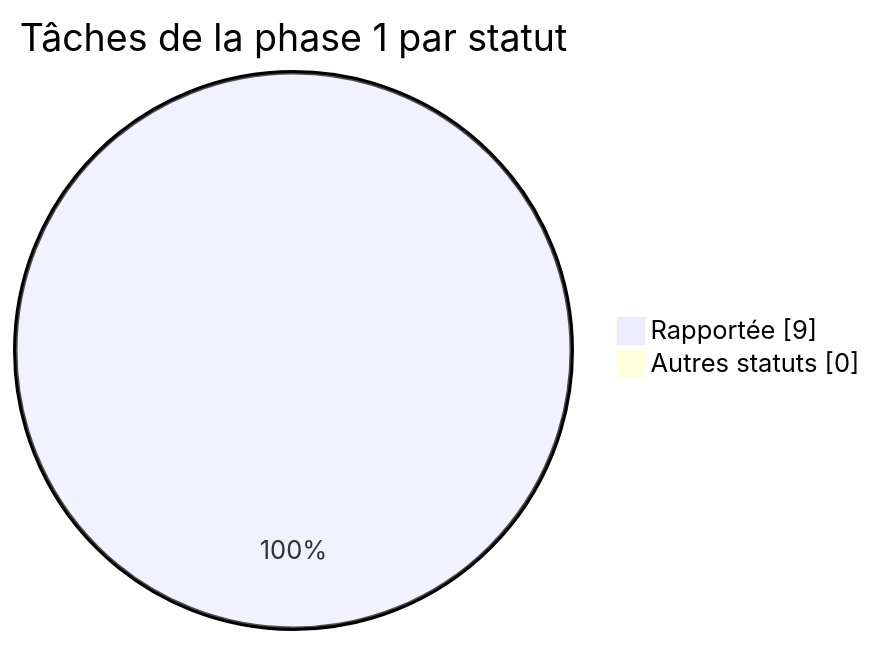
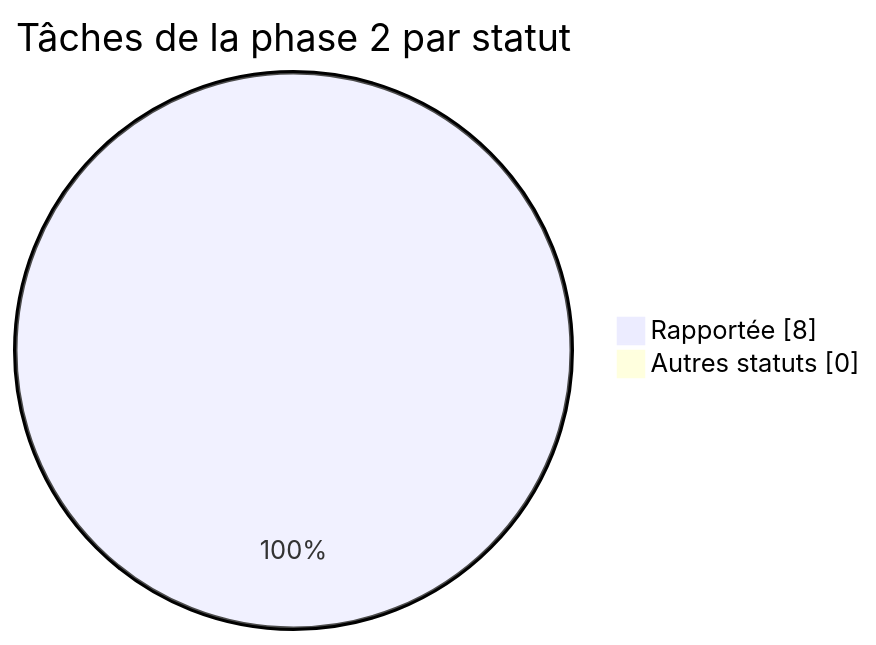
One commit to lyon32/lyonpanel changed the third of 5 diagrams in docs/reports/TABLEAU-DE-BORD.md. Above: the diagram before and after it, drawn with Mermaid. The commit also changed other lines of this file and 207 other files, not shown here.

````diff
--- a/docs/reports/TABLEAU-DE-BORD.md
+++ b/docs/reports/TABLEAU-DE-BORD.md
@@ -82,6 +81,6 @@
 ```mermaid
 pie showData
-  title Tâches de la phase 1 par statut
-  "Rapportée" : 9
+  title Tâches de la phase 2 par statut
+  "Rapportée" : 8
   "Autres statuts" : 0
 ```
````
